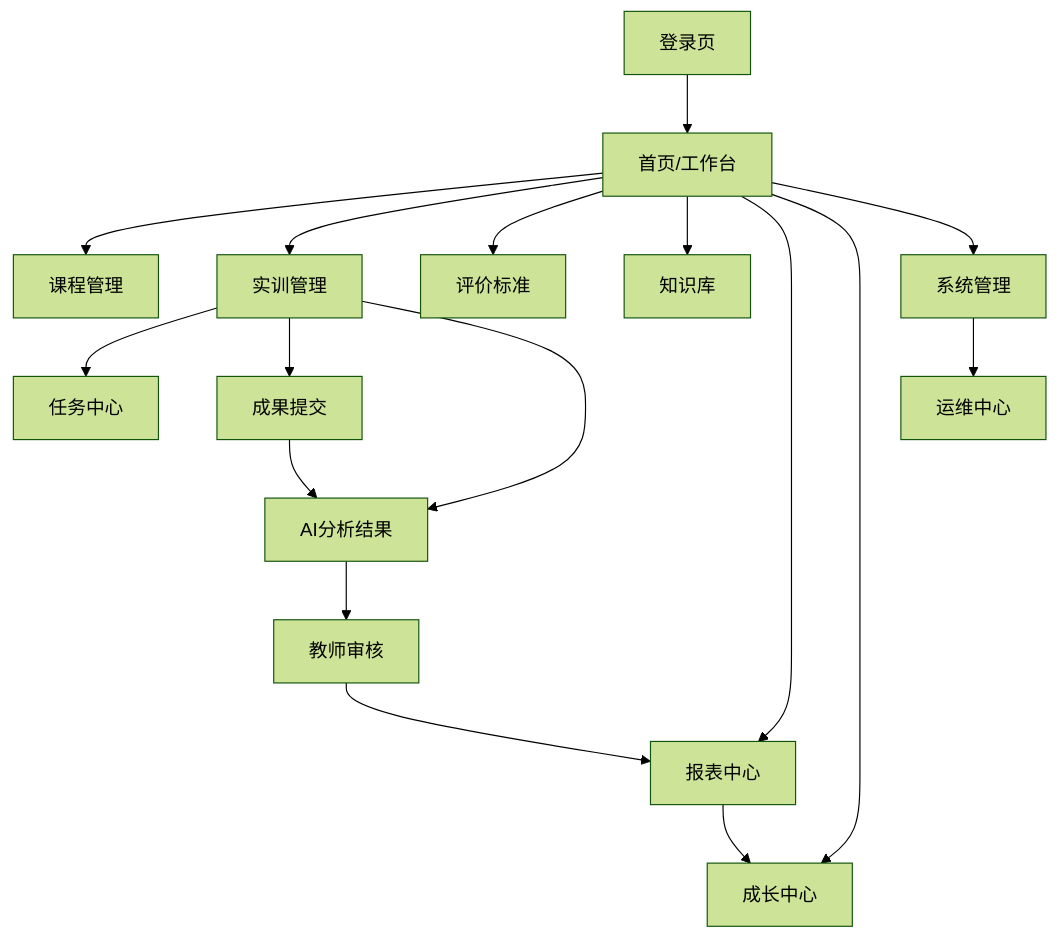
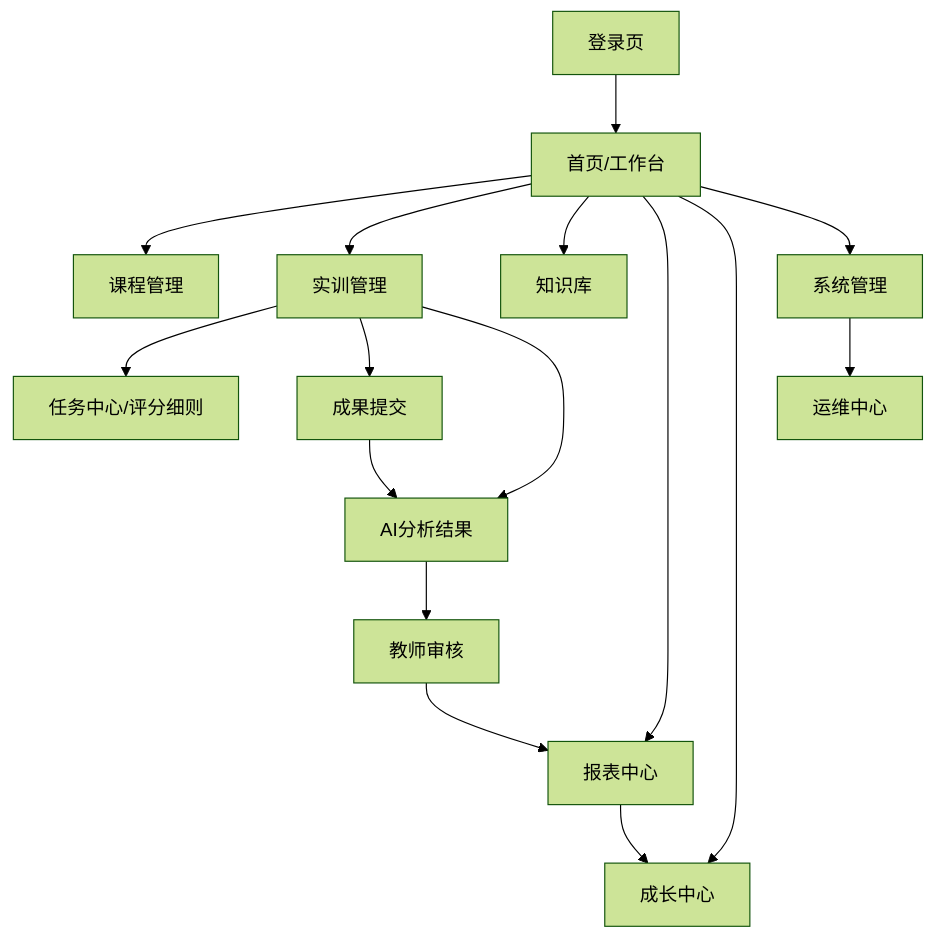
Before and after one commit to sunq821-byte/B1-platform: the fifth of 5 diagrams in docs/01-PRD.md, drawn with Mermaid (forest theme). The commit also changed other lines of this file and 4 other files, not shown here.

````diff
--- a/docs/01-PRD.md
+++ b/docs/01-PRD.md
@@ -639,23 +636,22 @@
 ```mermaid
 graph TD
     Login[登录页] --> Home[首页/工作台]
     
     Home --> Course[课程管理]
     Home --> Training[实训管理]
-    Home --> Standard[评价标准]
     Home --> Knowledge[知识库]
     Home --> Report[报表中心]
     Home --> Growth[成长中心]
     Home --> System[系统管理]
     
-    Training --> TaskCenter[任务中心]
+    Training --> TaskCenter[任务中心/评分细则]
     Training --> Submit[成果提交]
     Training --> AIAnalysis[AI分析结果]
     
     Submit --> AIAnalysis
     AIAnalysis --> Review[教师审核]
     Review --> Report
     Report --> Growth
     
     System --> Ops[运维中心]
 ```
````
